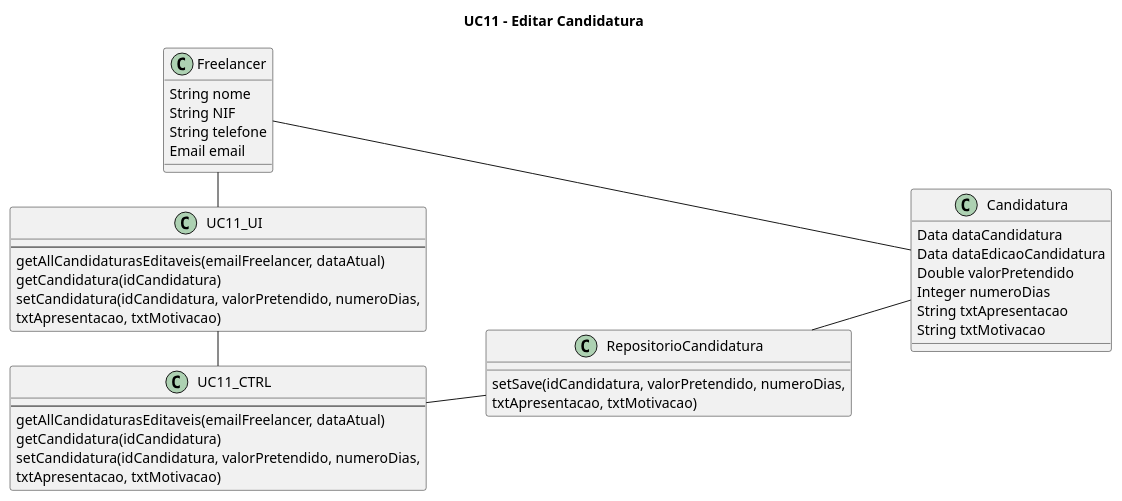
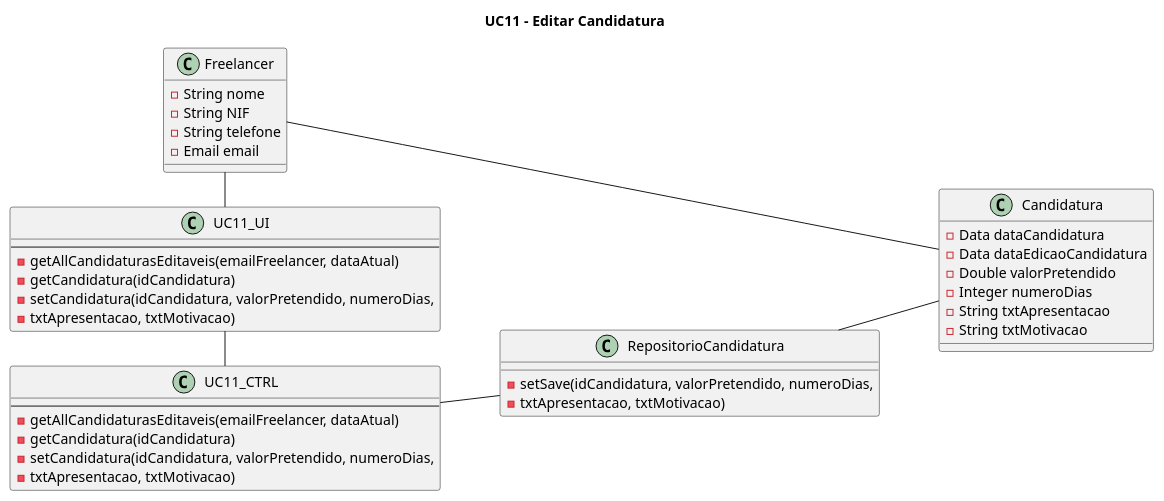
One commit to blestonbandeiraUPSKILL/upskill_java1_labprg_grupo2 changed the diagram in Documentação/Sprint 4/UC11_Editar_Candidatura/UC11_Editar_Candidatura_DiagClas.plantuml. Above: the diagram before and after it, drawn with PlantUML. The commit also changed 4 other files, not shown here.

```diff
--- a/Documentação/Sprint 4/UC11_Editar_Candidatura/UC11_Editar_Candidatura_DiagClas.plantuml
+++ b/Documentação/Sprint 4/UC11_Editar_Candidatura/UC11_Editar_Candidatura_DiagClas.plantuml
@@ -1,48 +1,48 @@
 @startuml
 left to right direction
 
 title UC11 - Editar Candidatura
 
 class Freelancer {
-    String nome 
-    String NIF
-    String telefone
-    Email email
+    -String nome 
+    -String NIF
+    -String telefone
+    -Email email
 }
 
 class Candidatura {
-    Data dataCandidatura
-    Data dataEdicaoCandidatura
-    Double valorPretendido
-    Integer numeroDias
-    String txtApresentacao
-    String txtMotivacao
+    -Data dataCandidatura
+    -Data dataEdicaoCandidatura
+    -Double valorPretendido
+    -Integer numeroDias
+    -String txtApresentacao
+    -String txtMotivacao
 }
 
 class UC11_UI{
     --
-    getAllCandidaturasEditaveis(emailFreelancer, dataAtual)
-    getCandidatura(idCandidatura)
-    setCandidatura(idCandidatura, valorPretendido, numeroDias,
-    txtApresentacao, txtMotivacao)    
+    -getAllCandidaturasEditaveis(emailFreelancer, dataAtual)
+    -getCandidatura(idCandidatura)
+    -setCandidatura(idCandidatura, valorPretendido, numeroDias,
+    -txtApresentacao, txtMotivacao)    
 }
 
 class UC11_CTRL{
     --
-    getAllCandidaturasEditaveis(emailFreelancer, dataAtual)
-    getCandidatura(idCandidatura)
-    setCandidatura(idCandidatura, valorPretendido, numeroDias,
-    txtApresentacao, txtMotivacao)   
+    -getAllCandidaturasEditaveis(emailFreelancer, dataAtual)
+    -getCandidatura(idCandidatura)
+    -setCandidatura(idCandidatura, valorPretendido, numeroDias,
+    -txtApresentacao, txtMotivacao)   
 }
 
 class RepositorioCandidatura {
-    setSave(idCandidatura, valorPretendido, numeroDias,
-    txtApresentacao, txtMotivacao)
+    -setSave(idCandidatura, valorPretendido, numeroDias,
+    -txtApresentacao, txtMotivacao)
 }
 
 UC11_UI - UC11_CTRL
 UC11_CTRL -- RepositorioCandidatura
 RepositorioCandidatura -- Candidatura
 Freelancer - UC11_UI
 Freelancer - Candidatura
 @enduml
```
